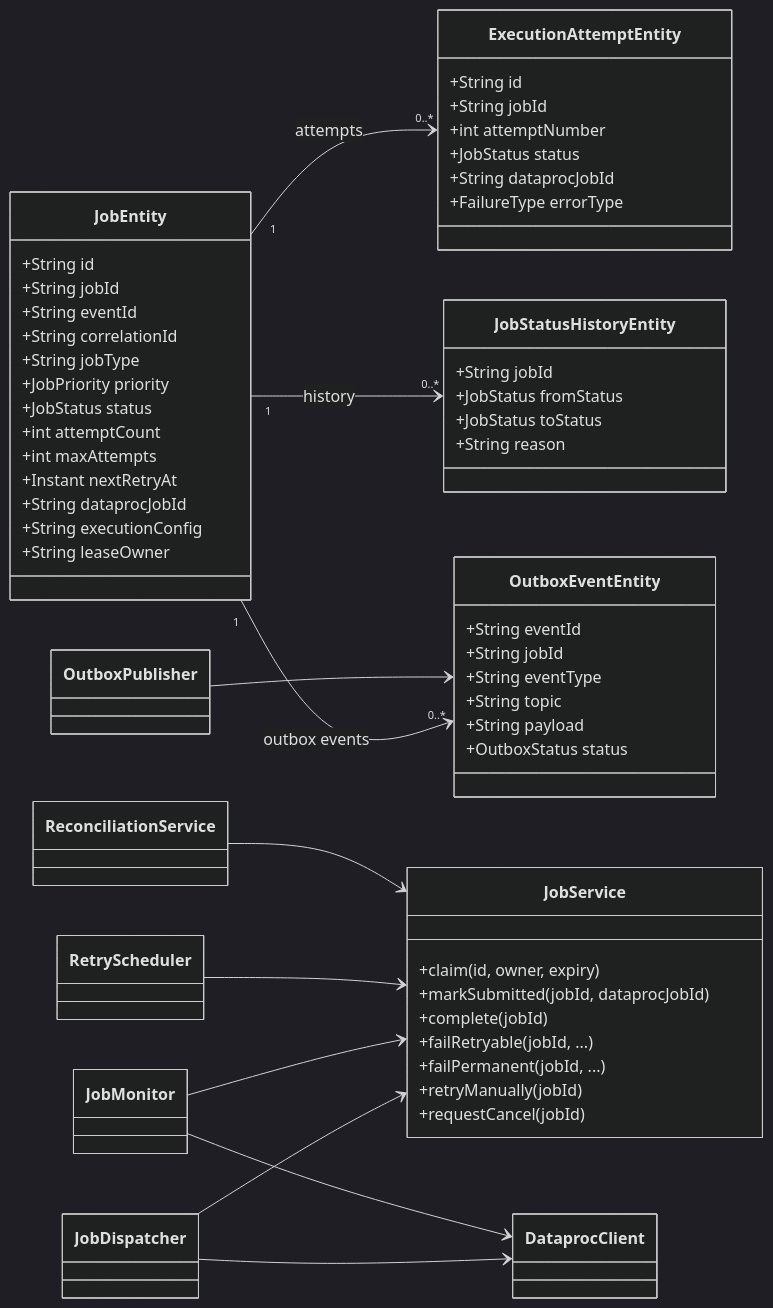
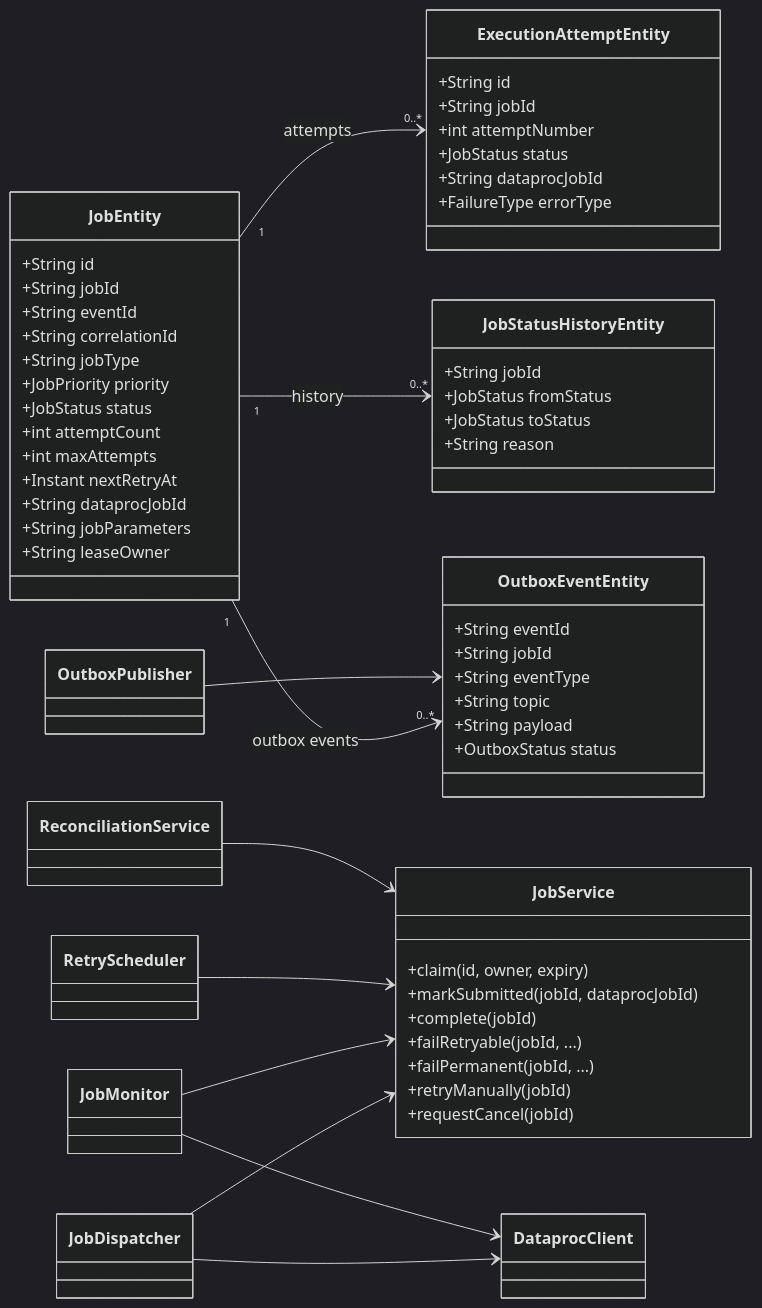
The third of 3 diagrams in docs/architecture.md (vanchasrujankumar/data-job-orchestrator), drawn with Mermaid (dark theme) before and after one commit. The commit also changed other lines of this file and 17 other files, not shown here.

First line of the commit message:
feat: move Spark job definition to config; Kafka carries business data only

````diff
--- a/docs/architecture.md
+++ b/docs/architecture.md
@@ -111,74 +111,74 @@
 ```mermaid
 classDiagram
     direction LR
 
     class JobEntity {
         +String id
         +String jobId
         +String eventId
         +String correlationId
         +String jobType
         +JobPriority priority
         +JobStatus status
         +int attemptCount
         +int maxAttempts
         +Instant nextRetryAt
         +String dataprocJobId
-        +String executionConfig
+        +String jobParameters
         +String leaseOwner
     }
 
     class ExecutionAttemptEntity {
         +String id
         +String jobId
         +int attemptNumber
         +JobStatus status
         +String dataprocJobId
         +FailureType errorType
     }
 
     class JobStatusHistoryEntity {
         +String jobId
         +JobStatus fromStatus
         +JobStatus toStatus
         +String reason
     }
 
     class OutboxEventEntity {
         +String eventId
         +String jobId
         +String eventType
         +String topic
         +String payload
         +OutboxStatus status
     }
 
     class JobService {
         +claim(id, owner, expiry)
         +markSubmitted(jobId, dataprocJobId)
         +complete(jobId)
         +failRetryable(jobId, ...)
         +failPermanent(jobId, ...)
         +retryManually(jobId)
         +requestCancel(jobId)
     }
 
     class JobDispatcher
     class JobMonitor
     class RetryScheduler
     class ReconciliationService
     class OutboxPublisher
     class DataprocClient
 
     JobEntity "1" --> "0..*" ExecutionAttemptEntity : attempts
     JobEntity "1" --> "0..*" JobStatusHistoryEntity : history
     JobEntity "1" --> "0..*" OutboxEventEntity : outbox events
 
     JobDispatcher --> JobService
     JobMonitor --> JobService
     RetryScheduler --> JobService
     ReconciliationService --> JobService
     JobDispatcher --> DataprocClient
     JobMonitor --> DataprocClient
     OutboxPublisher --> OutboxEventEntity
 ```
````
